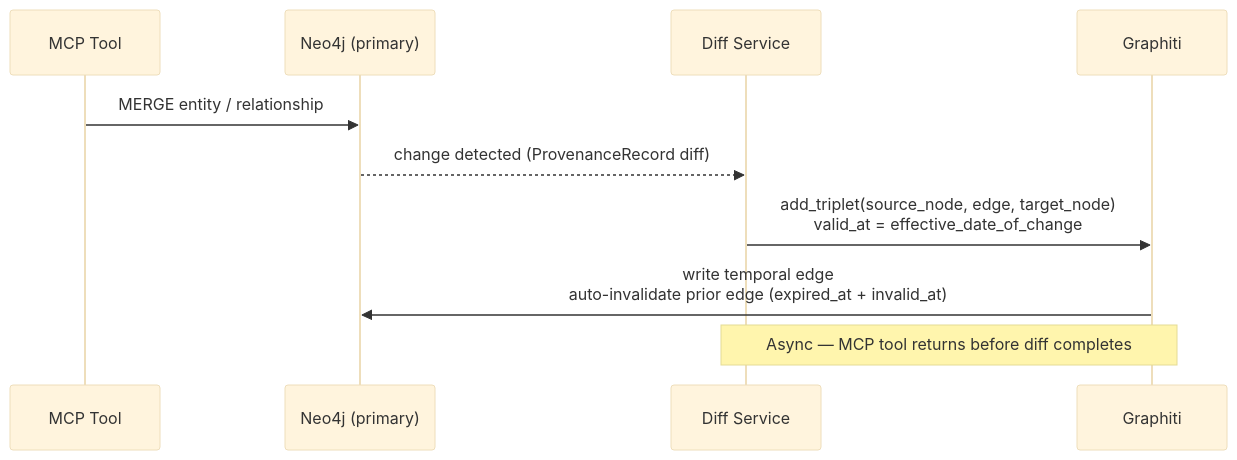
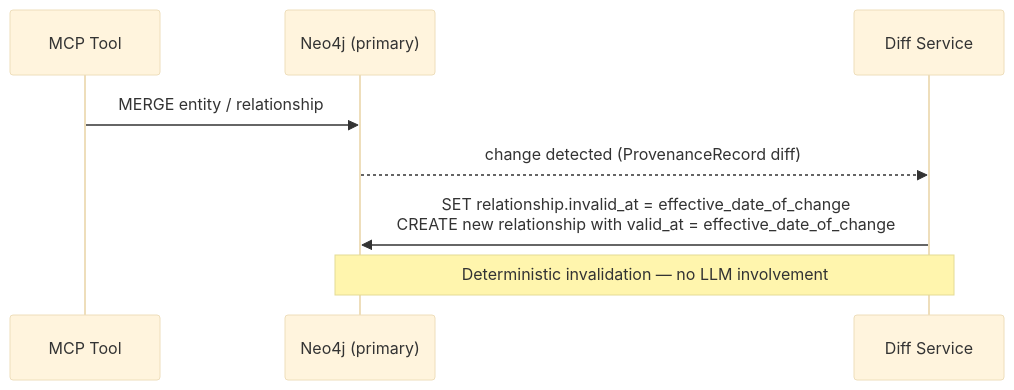
Before and after one commit to Tsunami-max/trust-relay-docs: the second of 3 diagrams in docs/architecture/knowledge-graph.md, drawn with Mermaid (base theme). The commit also changed other lines of this file and 46 other files, not shown here.

First line of the commit message:
docs: complete documentation overhaul — trust lifecycle vision, pillar architecture, regulatory compliance

````diff
--- a/docs/architecture/knowledge-graph.md
+++ b/docs/architecture/knowledge-graph.md
@@ -178,13 +178,11 @@
 ```mermaid
 sequenceDiagram
     participant MCP as MCP Tool
     participant NEO as Neo4j (primary)
     participant DIFF as Diff Service
-    participant GR as Graphiti
 
     MCP->>NEO: MERGE entity / relationship
     NEO-->>DIFF: change detected (ProvenanceRecord diff)
-    DIFF->>GR: add_triplet(source_node, edge, target_node)<br/>valid_at = effective_date_of_change
-    GR->>NEO: write temporal edge<br/>auto-invalidate prior edge (expired_at + invalid_at)
-    Note over DIFF,GR: Async — MCP tool returns before diff completes
+    DIFF->>NEO: SET relationship.invalid_at = effective_date_of_change<br/>CREATE new relationship with valid_at = effective_date_of_change
+    Note over DIFF,NEO: Deterministic invalidation — no LLM involvement
 ```
````
